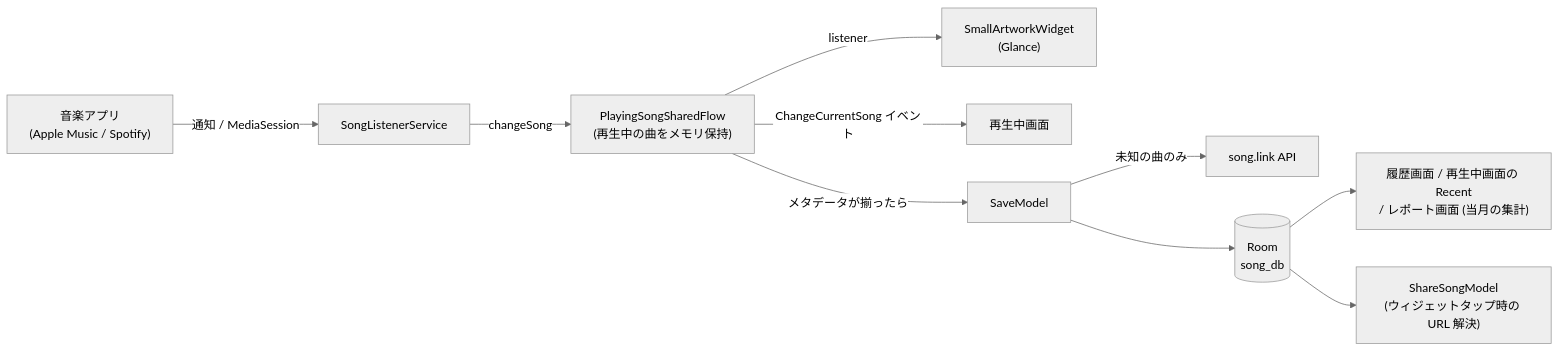
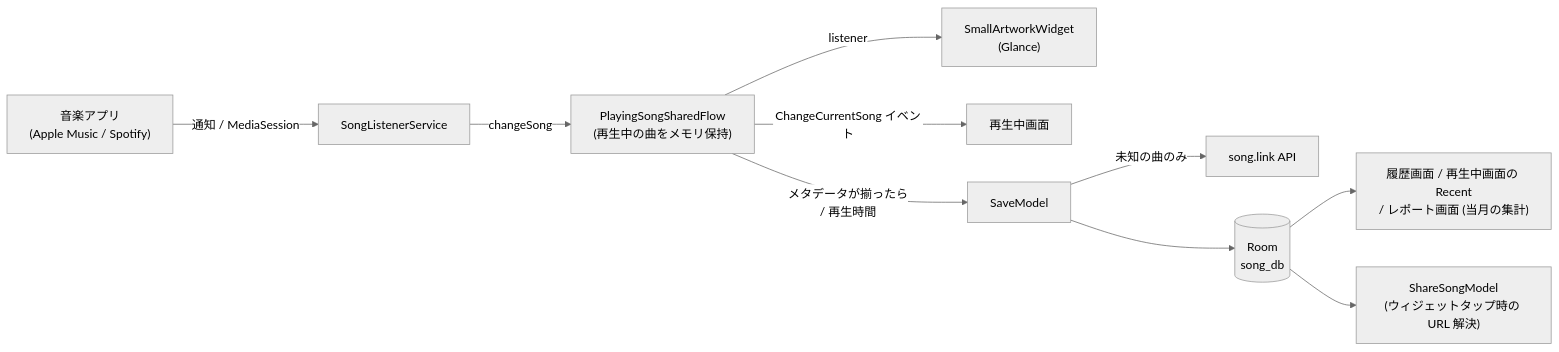
One commit to SnowDango/sumire changed the diagram in docs/README.md. Above: the diagram before and after it, drawn with Mermaid (neutral theme). The commit also changed other lines of this file and 28 other files, not shown here.

````diff
--- a/docs/README.md
+++ b/docs/README.md
@@ -21,12 +21,12 @@
 ```mermaid
 flowchart LR
     MusicApp["音楽アプリ<br/>(Apple Music / Spotify)"] -- "通知 / MediaSession" --> Service["SongListenerService"]
     Service -- "changeSong" --> State["PlayingSongSharedFlow<br/>(再生中の曲をメモリ保持)"]
     State -- "listener" --> Widget["SmallArtworkWidget<br/>(Glance)"]
     State -- "ChangeCurrentSong イベント" --> Playing["再生中画面"]
-    State -- "メタデータが揃ったら" --> Save["SaveModel"]
+    State -- "メタデータが揃ったら<br/>/ 再生時間" --> Save["SaveModel"]
     Save -- "未知の曲のみ" --> API["song.link API"]
     Save --> DB[("Room<br/>song_db")]
     DB --> History["履歴画面 / 再生中画面の Recent<br/>/ レポート画面 (当月の集計)"]
     DB --> Share["ShareSongModel<br/>(ウィジェットタップ時の URL 解決)"]
 ```
````
